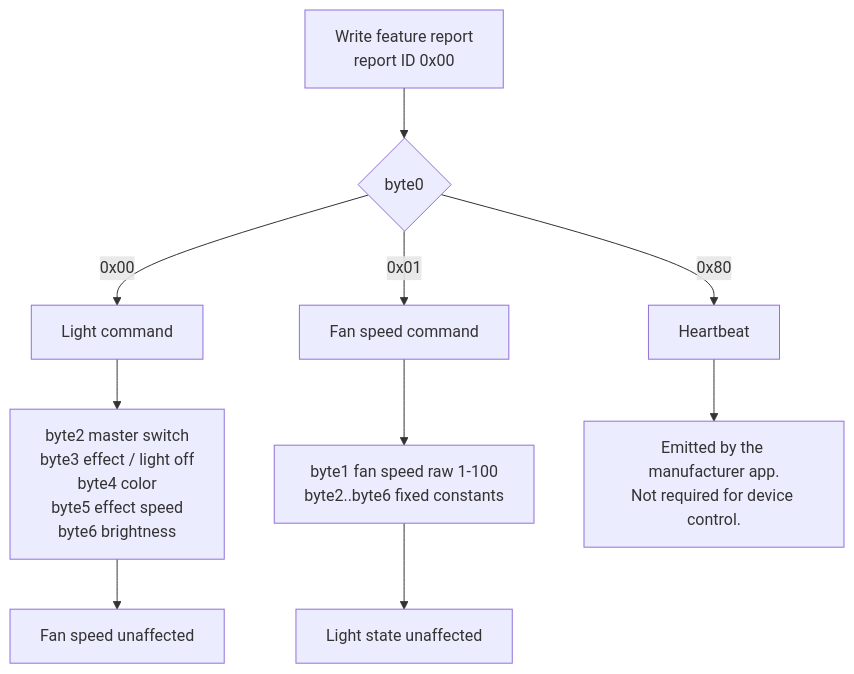
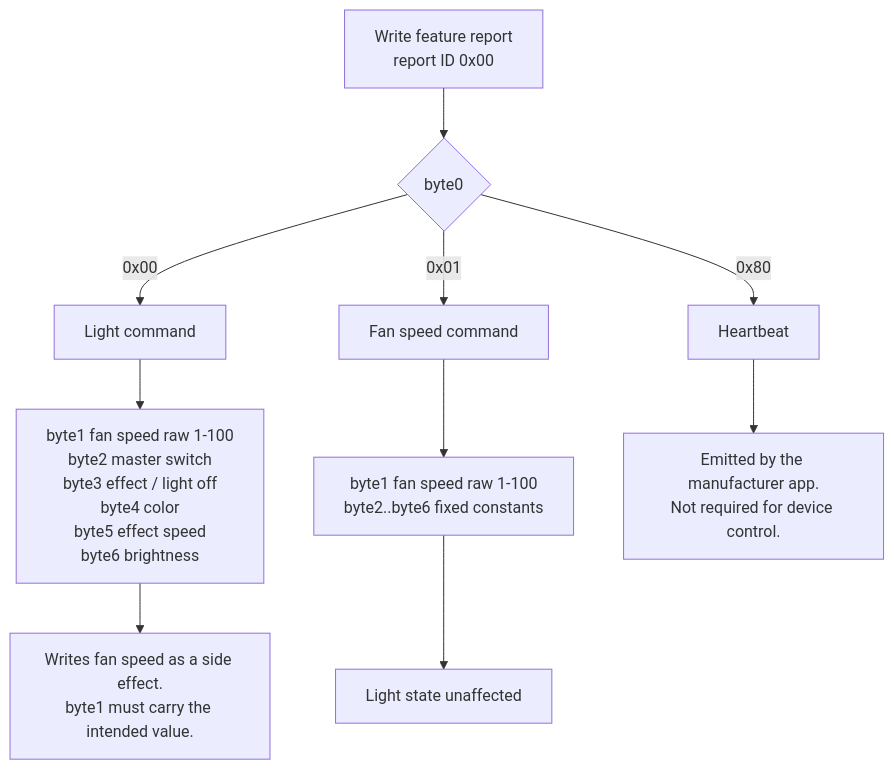
Before and after one commit to Quahuay/llano-v12ultra-ctrl: the first of 2 diagrams in PROTOCOL.md, drawn with Mermaid. The commit also changed other lines of this file and 4 other files, not shown here.

````diff
--- a/PROTOCOL.md
+++ b/PROTOCOL.md
@@ -100,14 +100,14 @@
 ```mermaid
 flowchart TD
     W["Write feature report<br/>report ID 0x00"] --> B0{"byte0"}
     B0 -->|"0x00"| L["Light command"]
     B0 -->|"0x01"| F["Fan speed command"]
     B0 -->|"0x80"| H["Heartbeat"]
 
-    L --> LF["byte2 master switch<br/>byte3 effect / light off<br/>byte4 color<br/>byte5 effect speed<br/>byte6 brightness"]
+    L --> LF["byte1 fan speed raw 1-100<br/>byte2 master switch<br/>byte3 effect / light off<br/>byte4 color<br/>byte5 effect speed<br/>byte6 brightness"]
     F --> FF["byte1 fan speed raw 1-100<br/>byte2..byte6 fixed constants"]
     H --> HF["Emitted by the manufacturer app.<br/>Not required for device control."]
 
-    LF --> N1["Fan speed unaffected"]
+    LF --> N1["Writes fan speed as a side effect.<br/>byte1 must carry the intended value."]
     FF --> N2["Light state unaffected"]
 ```
````
